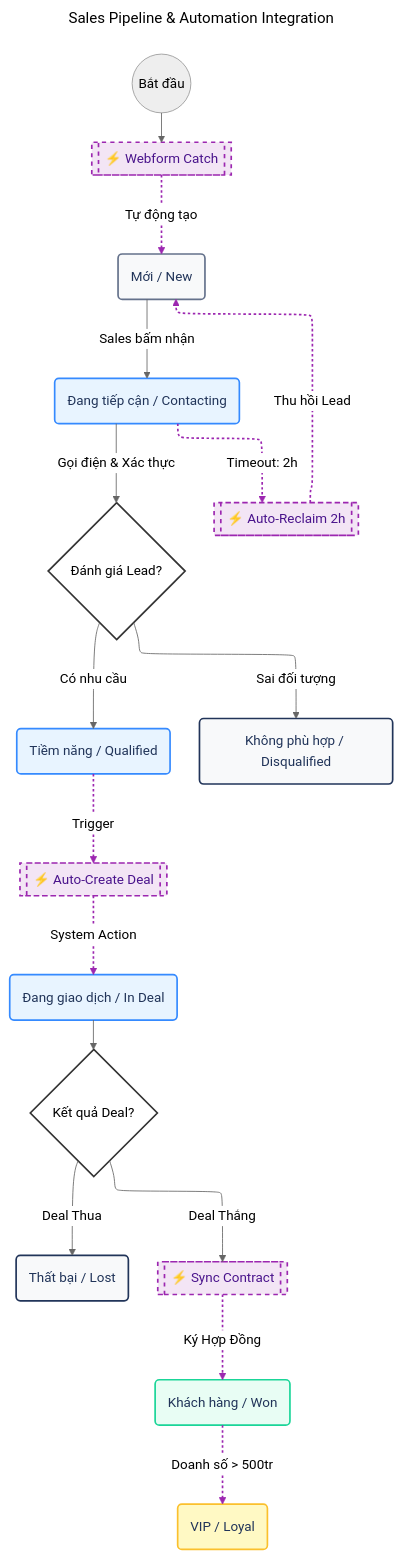
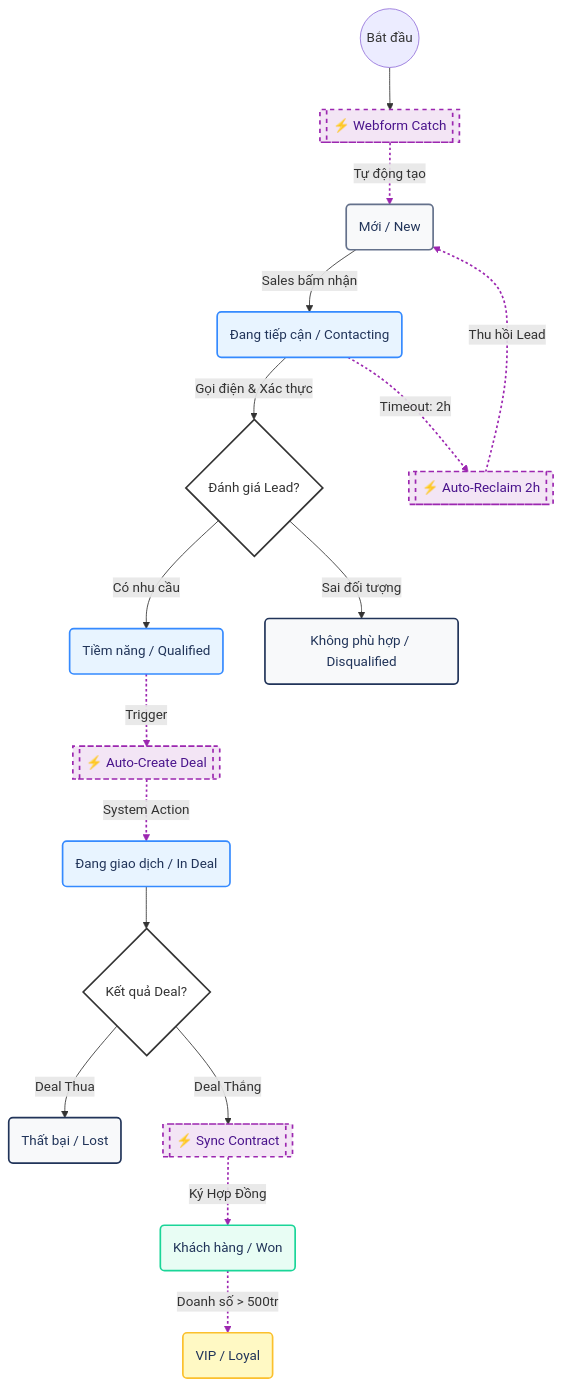
One commit to documentation-ai-managed/docs-nh changed the second of 2 diagrams in test-1.mdx. Above: the diagram before and after it, drawn with Mermaid.

Commit message:
Documentation Updated Through Editor  by Trần Minh Ánh

````diff
--- a/test-1.mdx
+++ b/test-1.mdx
@@ -169,10 +169,4 @@
 ```mermaid wrap="true"
----
-config:
-  theme: neutral
-  layout: elk
-title: Sales Pipeline & Automation Integration
----
 flowchart TD
 
     %% =================== NODES DEFINITION ===================
````
